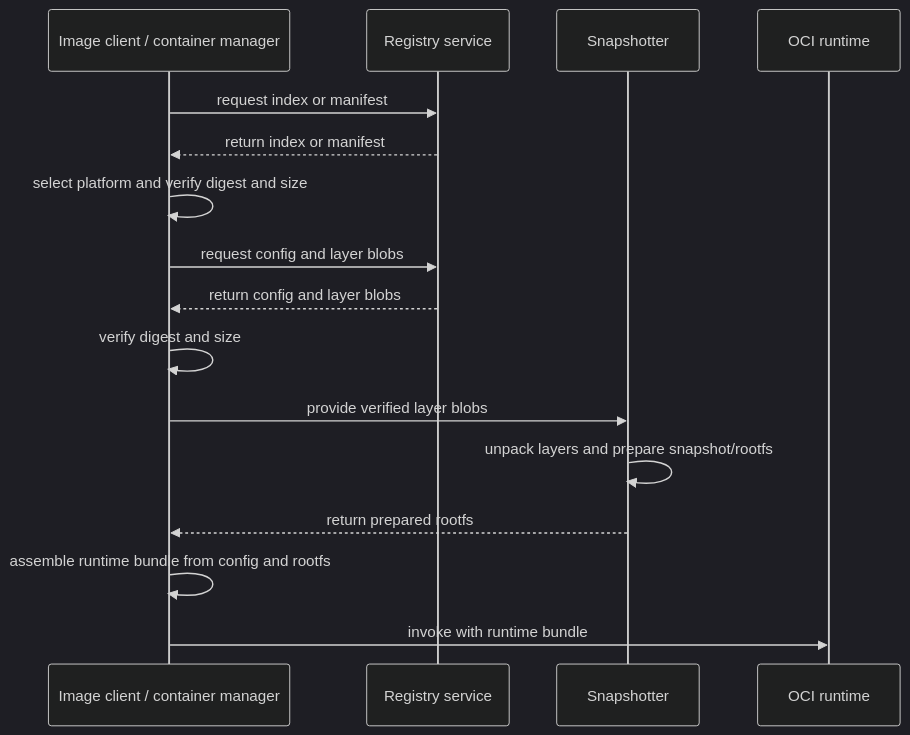
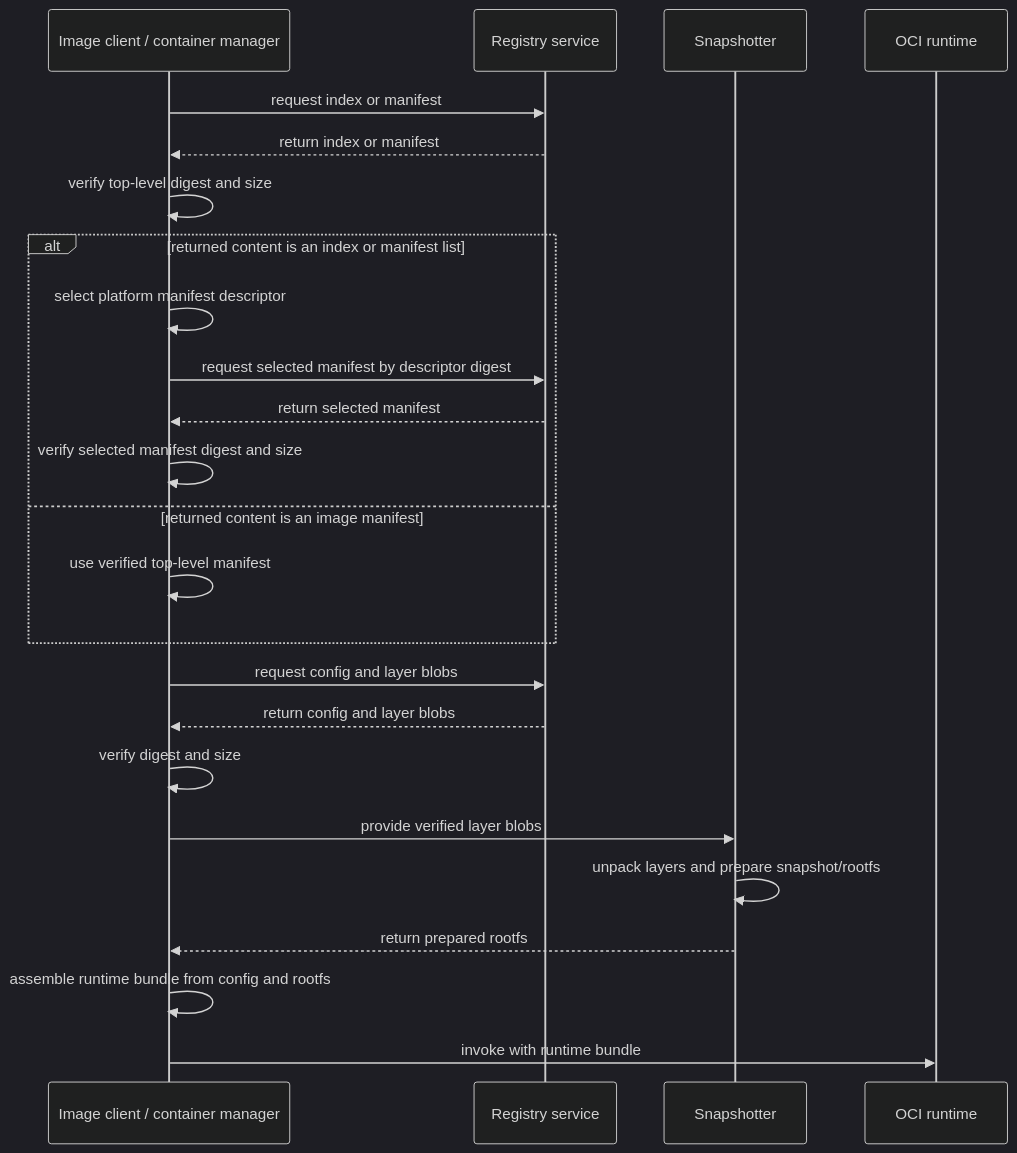
The diagram in docs/docker-oci/concepts/image-model.md (liufashi-Mr/cloud-native-docs), drawn with Mermaid (dark theme) before and after one commit. The commit also changed other lines of this file and 1 other file, not shown here.

Commit message:
fix: complete OCI index retrieval flow

````diff
--- a/docs/docker-oci/concepts/image-model.md
+++ b/docs/docker-oci/concepts/image-model.md
@@ -9,18 +9,26 @@
 ```mermaid
 sequenceDiagram
   participant CLIENT as Image client / container manager
   participant REG as Registry service
   participant SNAP as Snapshotter
   participant RT as OCI runtime
   CLIENT->>REG: request index or manifest
   REG-->>CLIENT: return index or manifest
-  CLIENT->>CLIENT: select platform and verify digest and size
+  CLIENT->>CLIENT: verify top-level digest and size
+  alt returned content is an index or manifest list
+    CLIENT->>CLIENT: select platform manifest descriptor
+    CLIENT->>REG: request selected manifest by descriptor digest
+    REG-->>CLIENT: return selected manifest
+    CLIENT->>CLIENT: verify selected manifest digest and size
+  else returned content is an image manifest
+    CLIENT->>CLIENT: use verified top-level manifest
+  end
   CLIENT->>REG: request config and layer blobs
   REG-->>CLIENT: return config and layer blobs
   CLIENT->>CLIENT: verify digest and size
   CLIENT->>SNAP: provide verified layer blobs
   SNAP->>SNAP: unpack layers and prepare snapshot/rootfs
   SNAP-->>CLIENT: return prepared rootfs
   CLIENT->>CLIENT: assemble runtime bundle from config and rootfs
   CLIENT->>RT: invoke with runtime bundle
 ```
````
